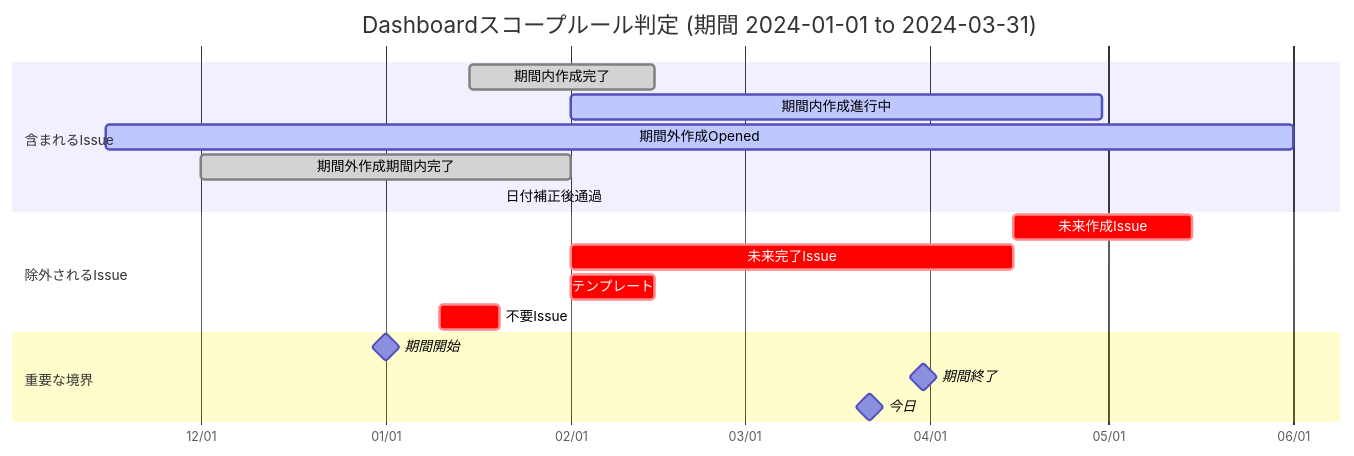
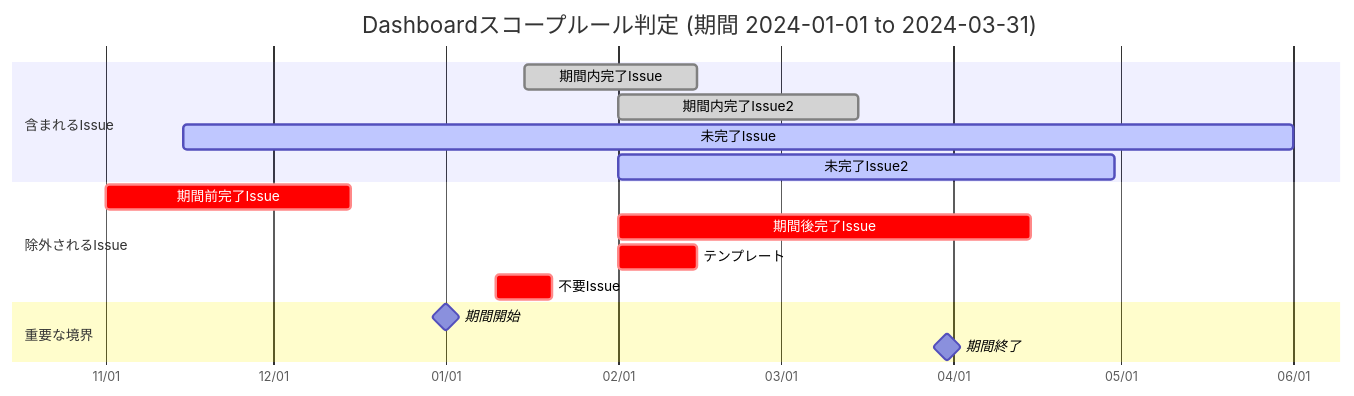
Before and after one commit to suwa-sh/gitlab-bud-chart: the diagram in README.md, drawn with Mermaid. The commit also changed other lines of this file and 5 other files, not shown here.

````diff
--- a/README.md
+++ b/README.md
@@ -167,24 +168,22 @@
 ```mermaid
 gantt
     title Dashboardスコープルール判定 (期間 2024-01-01 to 2024-03-31)
     dateFormat YYYY-MM-DD
     axisFormat %m/%d
 
     section 含まれるIssue
-    期間内作成完了        :done, rule1_done, 2024-01-15, 2024-02-15
-    期間内作成進行中      :active, rule1_active, 2024-02-01, 2024-04-30
-    期間外作成Opened     :active, rule2, 2023-11-15, 2024-06-01
-    期間外作成期間内完了  :done, rule3, 2023-12-01, 2024-02-01
-    日付補正後通過       :done, corrected, 2024-01-20, 2024-01-20
+    期間内完了Issue      :done, in_period, 2024-01-15, 2024-02-15
+    期間内完了Issue2     :done, in_period2, 2024-02-01, 2024-03-15
+    未完了Issue          :active, not_completed, 2023-11-15, 2024-06-01
+    未完了Issue2         :active, not_completed2, 2024-02-01, 2024-04-30
 
     section 除外されるIssue
-    未来作成Issue       :crit, rule4_future, 2024-04-15, 2024-05-15
-    未来完了Issue       :crit, rule5_future, 2024-02-01, 2024-04-15
+    期間前完了Issue      :crit, before_period, 2023-11-01, 2023-12-15
+    期間後完了Issue      :crit, after_period, 2024-02-01, 2024-04-15
     テンプレート         :crit, filter_template, 2024-02-01, 2024-02-15
-    不要Issue          :crit, filter_unnecessary, 2024-01-10, 2024-01-20
+    不要Issue           :crit, filter_unnecessary, 2024-01-10, 2024-01-20
 
     section 重要な境界
     期間開始            :milestone, period_start, 2024-01-01, 0d
     期間終了            :milestone, period_end, 2024-03-31, 0d
-    今日               :milestone, today, 2024-03-22, 0d
 ```
````
